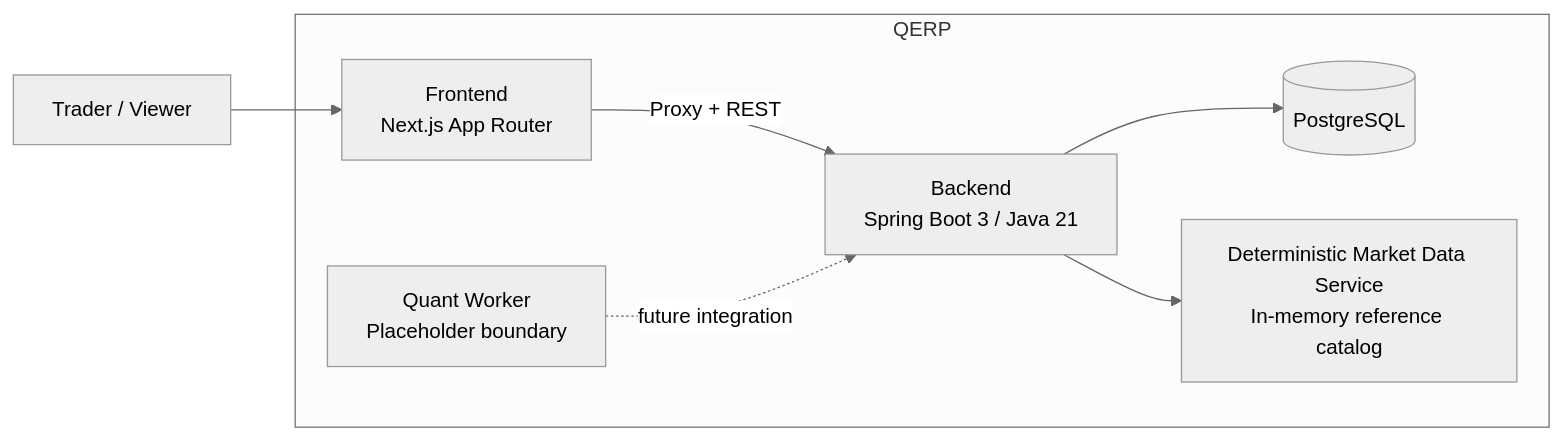
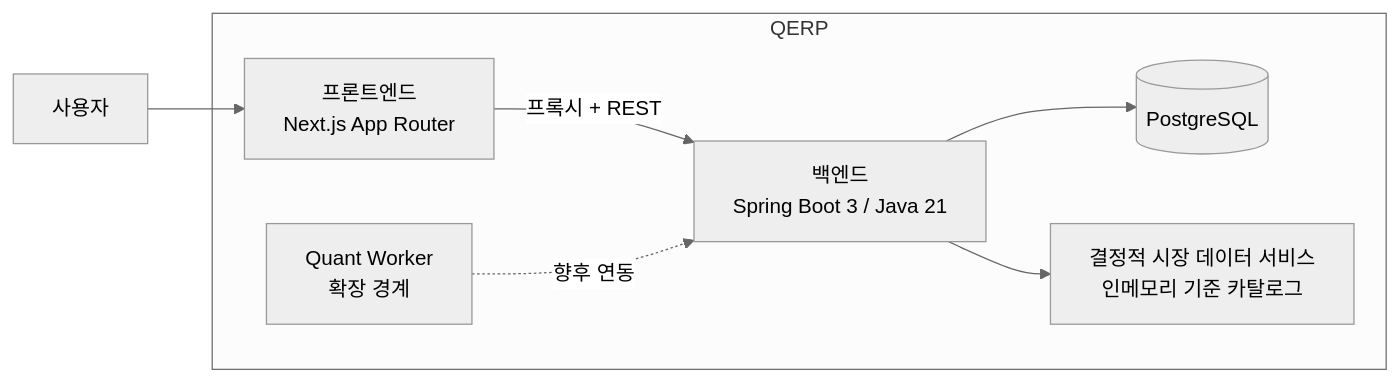
Before and after one commit to Bonchang/qerp3: the first of 2 diagrams in docs/architecture.md, drawn with Mermaid (neutral theme). The commit also changed other lines of this file and 5 other files, not shown here.

````diff
--- a/docs/architecture.md
+++ b/docs/architecture.md
@@ -15,18 +15,18 @@
 ```mermaid
 flowchart LR
-    Trader[Trader / Viewer]
+    Trader[사용자]
 
     subgraph QERP[QERP]
-        Frontend[Frontend\nNext.js App Router]
-        Backend[Backend\nSpring Boot 3 / Java 21]
+        Frontend[프론트엔드\nNext.js App Router]
+        Backend[백엔드\nSpring Boot 3 / Java 21]
         Database[(PostgreSQL)]
-        MarketData[Deterministic Market Data Service\nIn-memory reference catalog]
-        Worker[Quant Worker\nPlaceholder boundary]
+        MarketData[결정적 시장 데이터 서비스\n인메모리 기준 카탈로그]
+        Worker[Quant Worker\n확장 경계]
     end
 
     Trader --> Frontend
-    Frontend -->|Proxy + REST| Backend
+    Frontend -->|프록시 + REST| Backend
     Backend --> Database
     Backend --> MarketData
-    Worker -. future integration .-> Backend
+    Worker -. 향후 연동 .-> Backend
 ```
````
